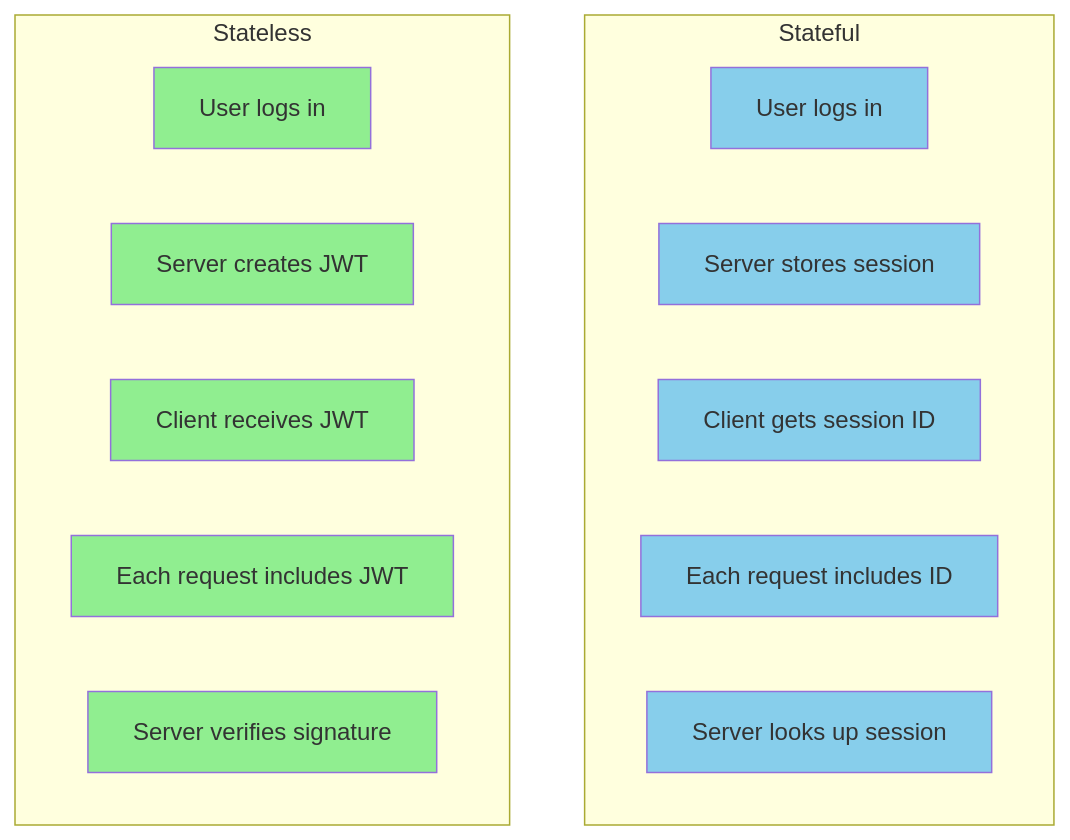
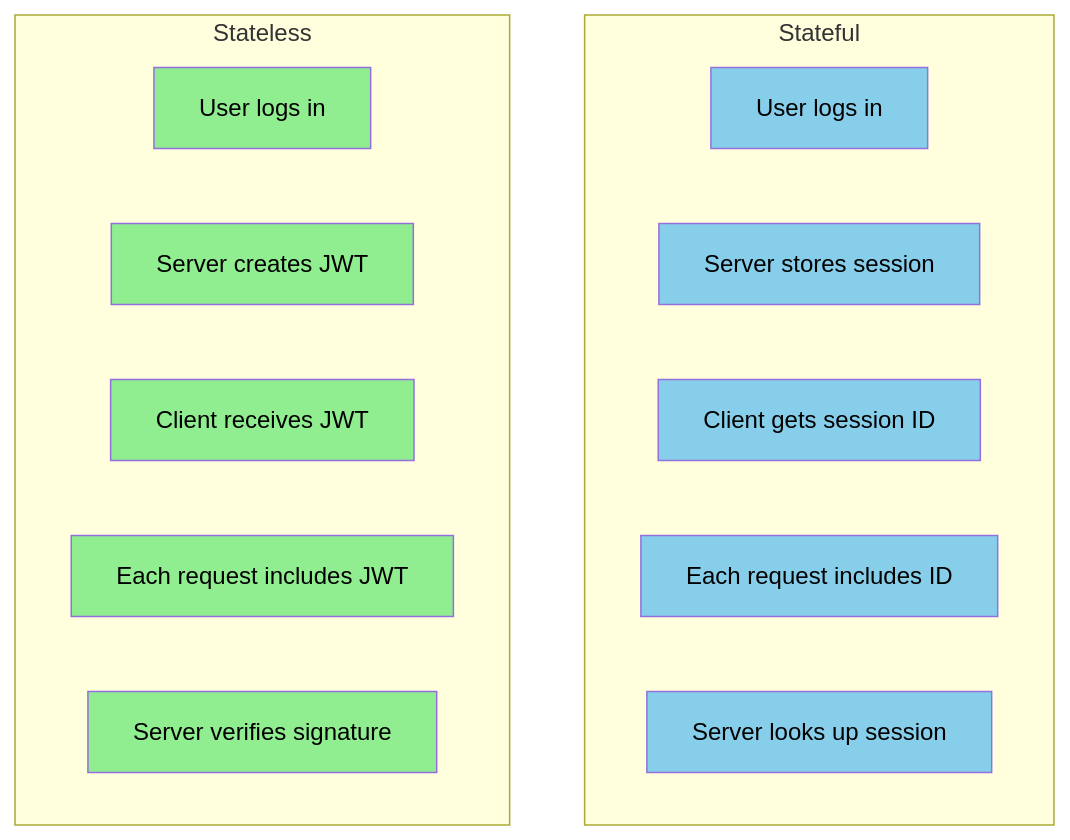
The eighth of 15 diagrams in 15.Backend Security/README.md (ahmed-226/Backend-from-first-principles), drawn with Mermaid before and after one commit. The commit also changed other lines of this file and 1 other file, not shown here.

````diff
--- a/15.Backend Security/README.md
+++ b/15.Backend Security/README.md
@@ -642,30 +642,30 @@
 ```mermaid
 graph TB
     subgraph "Stateful"
         A1["User logs in"]
         A2["Server stores session"]
         A3["Client gets session ID"]
         A4["Each request includes ID"]
         A5["Server looks up session"]
     end
     
     subgraph "Stateless"
         B1["User logs in"]
         B2["Server creates JWT"]
         B3["Client receives JWT"]
         B4["Each request includes JWT"]
         B5["Server verifies signature"]
     end
     
-    style A1 fill:#87CEEB
-    style A2 fill:#87CEEB
-    style A3 fill:#87CEEB
-    style A4 fill:#87CEEB
-    style A5 fill:#87CEEB
+    style A1 fill:#87CEEB,color:#000
+    style A2 fill:#87CEEB,color:#000
+    style A3 fill:#87CEEB,color:#000
+    style A4 fill:#87CEEB,color:#000
+    style A5 fill:#87CEEB,color:#000
     
-    style B1 fill:#90EE90
-    style B2 fill:#90EE90
-    style B3 fill:#90EE90
-    style B4 fill:#90EE90
-    style B5 fill:#90EE90
+    style B1 fill:#90EE90,color:#000
+    style B2 fill:#90EE90,color:#000
+    style B3 fill:#90EE90,color:#000
+    style B4 fill:#90EE90,color:#000
+    style B5 fill:#90EE90,color:#000
 ```
````
